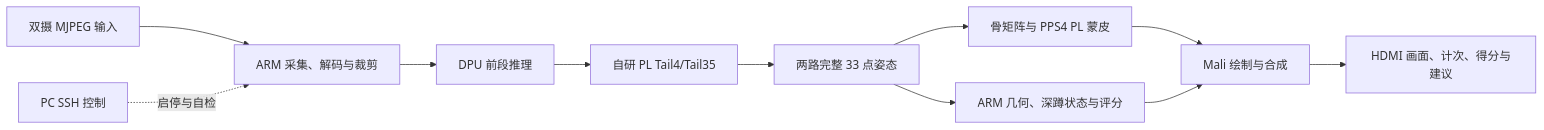
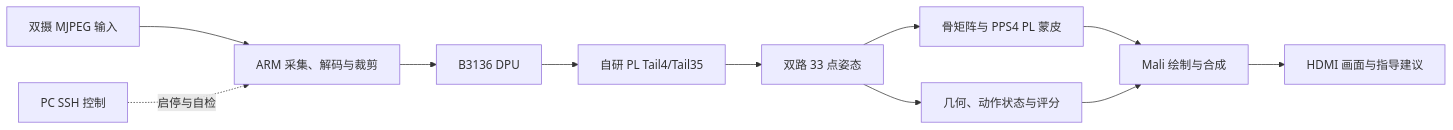
Before and after one commit to Westuniverse/twincoach: the diagram in report/design.md, drawn with Mermaid. The commit also changed other lines of this file and 26 other files, not shown here.

````diff
--- a/report/design.md
+++ b/report/design.md
@@ -26,13 +13,13 @@
 ```mermaid
 flowchart LR
     A[双摄 MJPEG 输入] --> B[ARM 采集、解码与裁剪]
-    B --> C[DPU 前段推理]
+    B --> C[B3136 DPU]
     C --> D[自研 PL Tail4/Tail35]
-    D --> E[两路完整 33 点姿态]
-    E --> F[ARM 几何、深蹲状态与评分]
+    D --> E[双路 33 点姿态]
+    E --> F[几何、动作状态与评分]
     E --> G[骨矩阵与 PPS4 PL 蒙皮]
     G --> H[Mali 绘制与合成]
     F --> H
-    H --> I[HDMI 画面、计次、得分与建议]
+    H --> I[HDMI 画面与指导建议]
     J[PC SSH 控制] -.启停与自检.-> B
 ```
````
